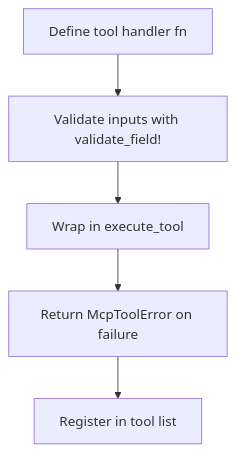
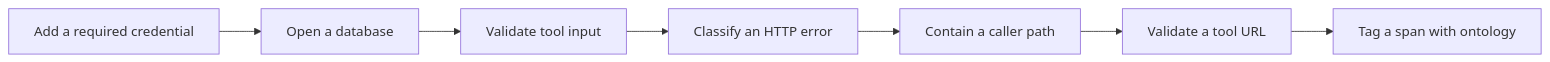
Before and after one commit to mdz-axo/zed-kask: the diagram in kask/docs/diataxis/hkask-mcp-server/how-to.md, drawn with Mermaid. The commit also changed other lines of this file and 41 other files, not shown here.

````diff
--- a/kask/docs/diataxis/hkask-mcp-server/how-to.md
+++ b/kask/docs/diataxis/hkask-mcp-server/how-to.md
@@ -34,7 +20,9 @@
 ```mermaid
-flowchart TD
-    A[Define tool handler fn] --> B[Validate inputs with validate_field!]
-    B --> C[Wrap in execute_tool]
-    C --> D[Return McpToolError on failure]
-    D --> E[Register in tool list]
+flowchart LR
+    A[Add a required credential] --> B[Open a database]
+    B --> C[Validate tool input]
+    C --> D[Classify an HTTP error]
+    D --> E[Contain a caller path]
+    E --> F[Validate a tool URL]
+    F --> G[Tag a span with ontology]
 ```
````
